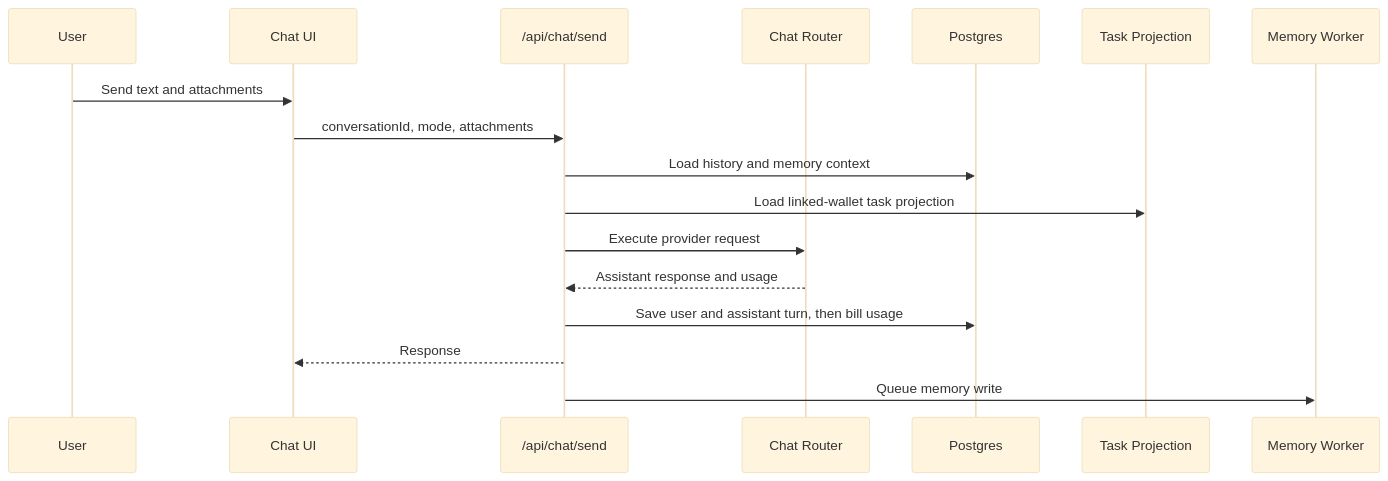
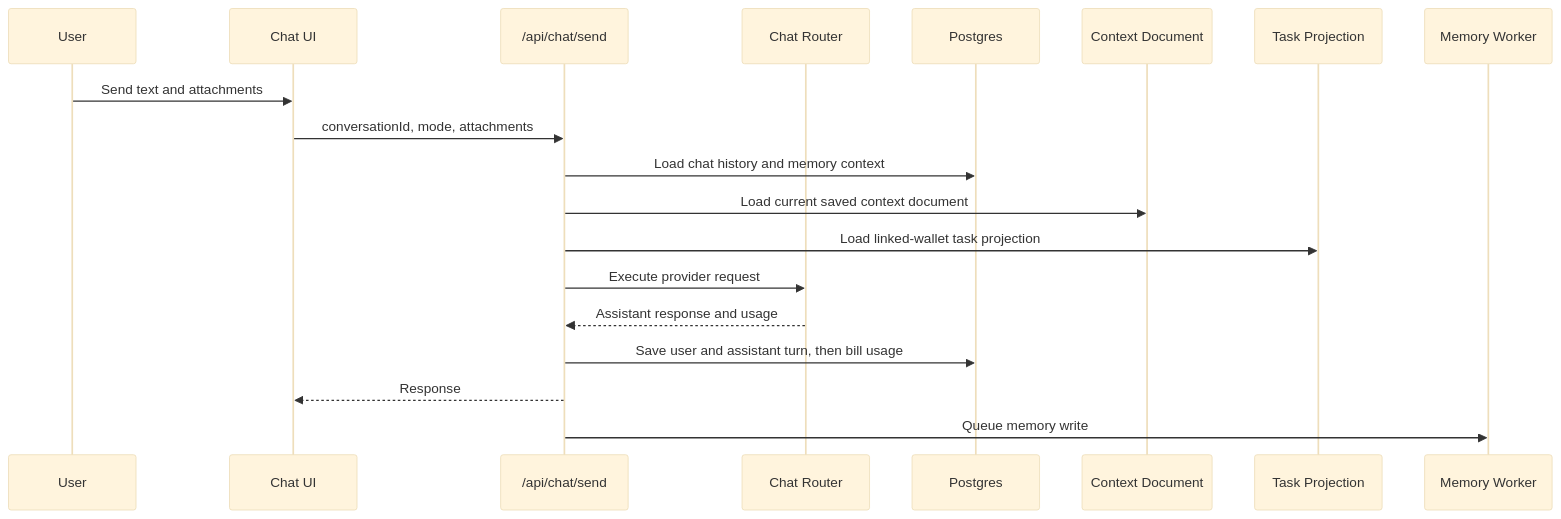
The diagram in docs/wiki/surfaces/chat.md (postfiatorg/tasknode), drawn with Mermaid (base theme) before and after one commit. The commit also changed other lines of this file, not shown here.

Commit message:
Document chat context document grounding

````diff
--- a/docs/wiki/surfaces/chat.md
+++ b/docs/wiki/surfaces/chat.md
@@ -94,19 +121,21 @@
 ```mermaid
 sequenceDiagram
   participant U as User
   participant UI as Chat UI
   participant API as /api/chat/send
   participant R as Chat Router
   participant DB as Postgres
+  participant C as Context Document
   participant T as Task Projection
   participant M as Memory Worker
   U->>UI: Send text and attachments
   UI->>API: conversationId, mode, attachments
-  API->>DB: Load history and memory context
+  API->>DB: Load chat history and memory context
+  API->>C: Load current saved context document
   API->>T: Load linked-wallet task projection
   API->>R: Execute provider request
   R-->>API: Assistant response and usage
   API->>DB: Save user and assistant turn, then bill usage
   API-->>UI: Response
   API->>M: Queue memory write
 ```
````
